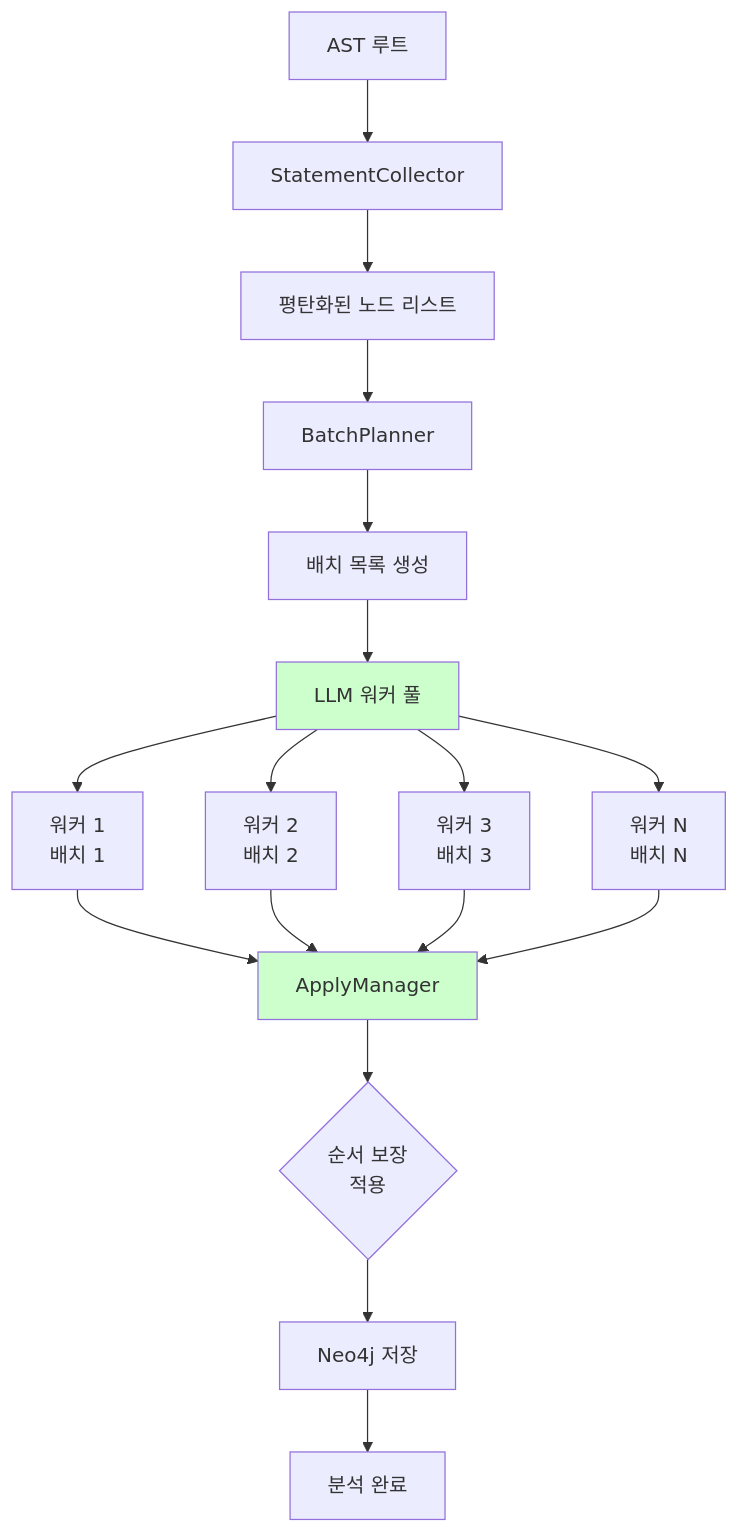
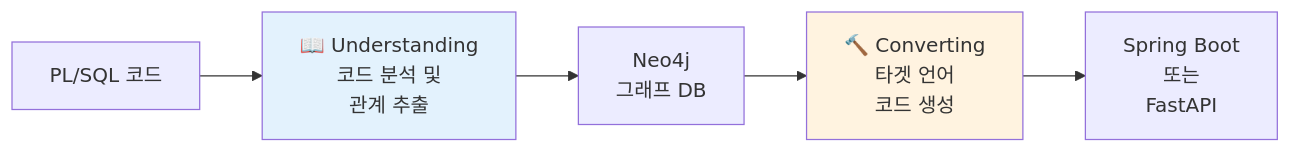
One commit to ahnchiyoon87/legacy-modernizer-backend changed the diagram in README.md. Above: the diagram before and after it, drawn with Mermaid. The commit also changed other lines of this file and 16 other files, not shown here.

````diff
--- a/README.md
+++ b/README.md
@@ -1506,25 +49,10 @@
 ```mermaid
-flowchart TD
-    A[AST 루트] --> B[StatementCollector]
-    B --> C[평탄화된 노드 리스트]
-    C --> D[BatchPlanner]
-    D --> E[배치 목록 생성]
-    E --> F[LLM 워커 풀]
+flowchart LR
+    A[PL/SQL 코드] --> B[📖 Understanding<br/>코드 분석 및<br/>관계 추출]
+    B --> C[Neo4j<br/>그래프 DB]
+    C --> D[🔨 Converting<br/>타겟 언어<br/>코드 생성]
+    D --> E[Spring Boot<br/>또는<br/>FastAPI]
     
-    F --> G1[워커 1<br/>배치 1]
-    F --> G2[워커 2<br/>배치 2]
-    F --> G3[워커 3<br/>배치 3]
-    F --> G4[워커 N<br/>배치 N]
-    
-    G1 --> H[ApplyManager]
-    G2 --> H
-    G3 --> H
-    G4 --> H
-    
-    H --> I{순서 보장<br/>적용}
-    I --> J[Neo4j 저장]
-    J --> K[분석 완료]
-    
-    style F fill:#ccffcc
-    style H fill:#ccffcc
+    style B fill:#e3f2fd
+    style D fill:#fff3e0
 ```
````
